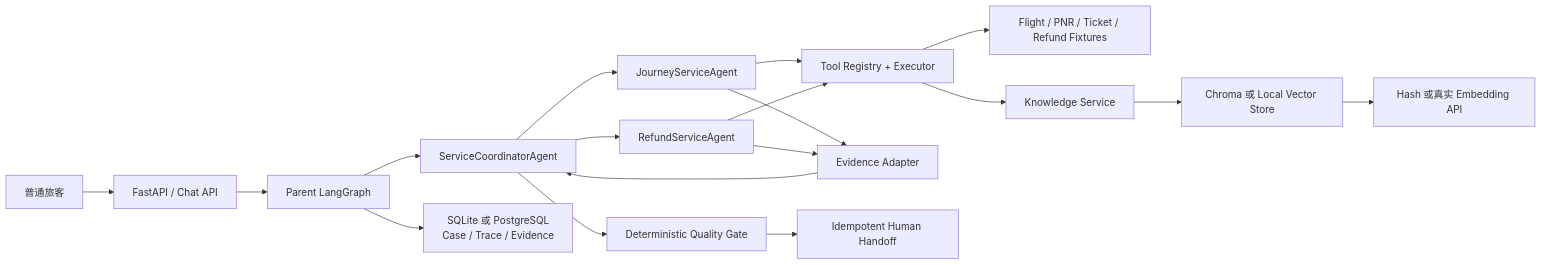
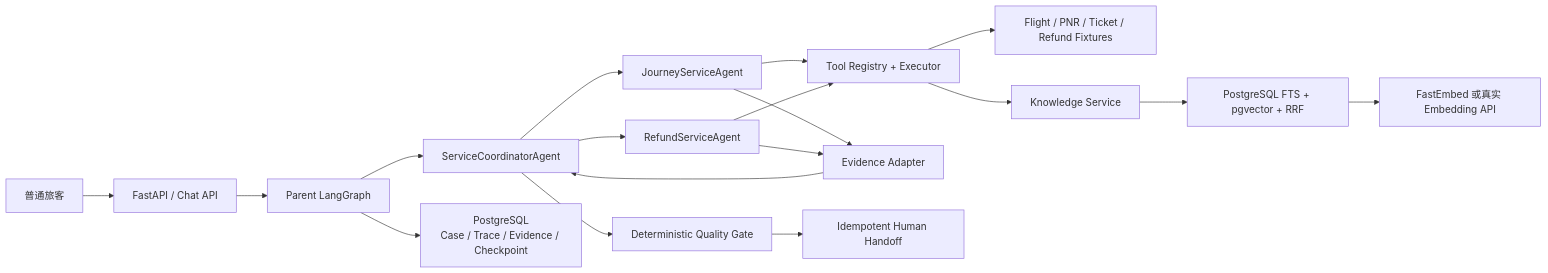
Before and after one commit to Dove-tech/echomind-airline-mvp: the first of 3 diagrams in docs/DESIGN.md, drawn with Mermaid. The commit also changed other lines of this file and 46 other files, not shown here.

First line of the commit message:
feat: 接入 PostgreSQL 全链路并完善真实运行依赖

````diff
--- a/docs/DESIGN.md
+++ b/docs/DESIGN.md
@@ -76,20 +76,20 @@
 ```mermaid
 flowchart LR
     U["普通旅客"] --> API["FastAPI / Chat API"]
     API --> P["Parent LangGraph"]
     P --> C["ServiceCoordinatorAgent"]
     C --> J["JourneyServiceAgent"]
     C --> R["RefundServiceAgent"]
     J --> TR["Tool Registry + Executor"]
     R --> TR
     TR --> SO["Flight / PNR / Ticket / Refund Fixtures"]
     TR --> KS["Knowledge Service"]
-    KS --> CH["Chroma 或 Local Vector Store"]
-    CH --> EM["Hash 或真实 Embedding API"]
+    KS --> PGV["PostgreSQL FTS + pgvector + RRF"]
+    PGV --> EM["FastEmbed 或真实 Embedding API"]
     J --> EV["Evidence Adapter"]
     R --> EV
     EV --> C
     C --> Q["Deterministic Quality Gate"]
     Q --> H["Idempotent Human Handoff"]
-    P --> DB["SQLite 或 PostgreSQL<br/>Case / Trace / Evidence"]
+    P --> DB["PostgreSQL<br/>Case / Trace / Evidence / Checkpoint"]
 ```
````
